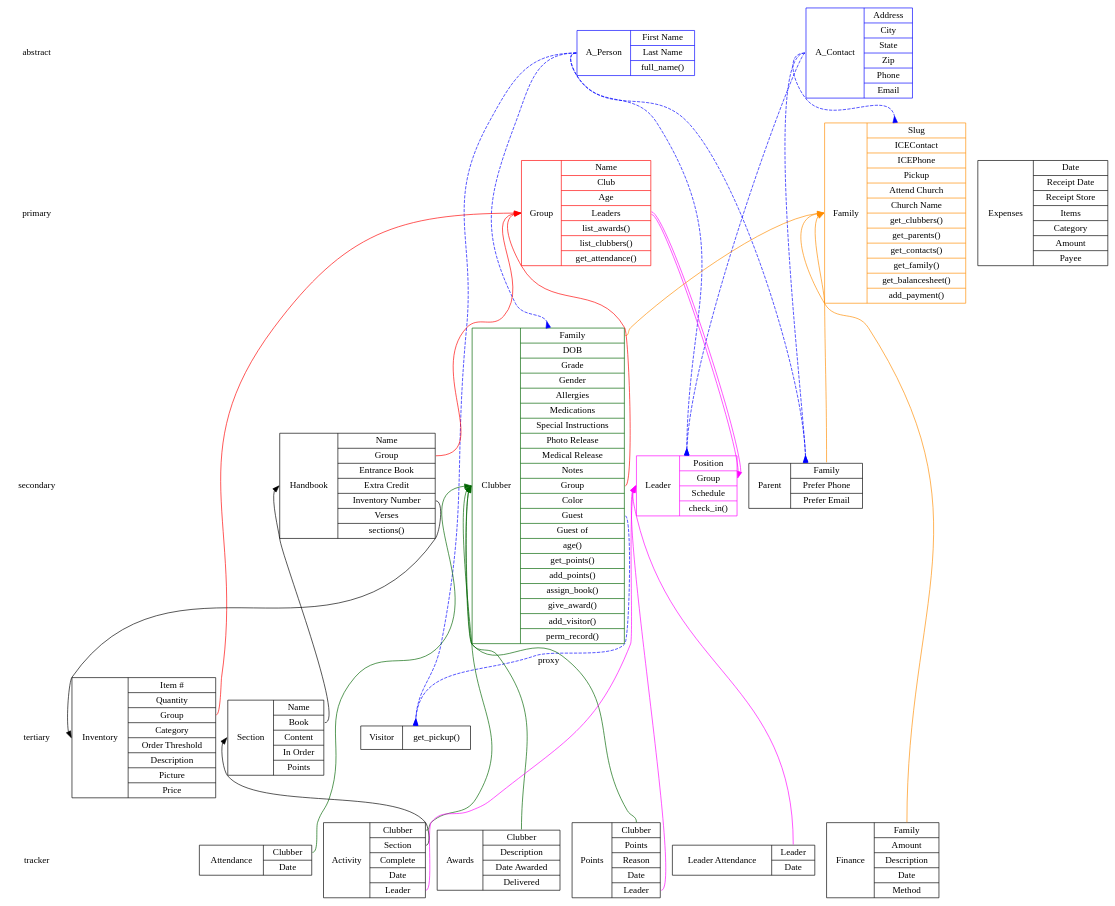
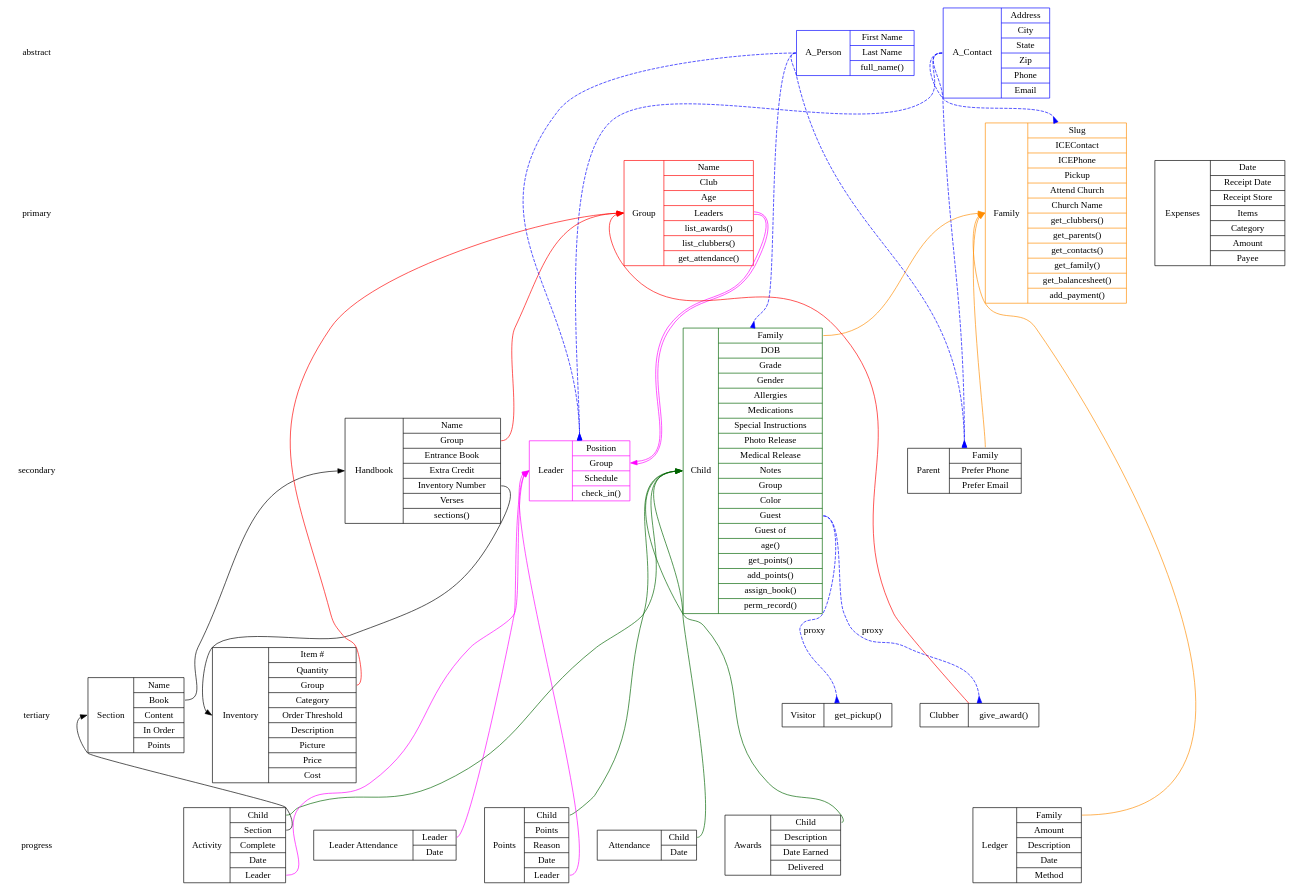
Before and after one commit to fbcp-awanas/website: the diagram in datamodel.dot, drawn with Graphviz.

Commit message:
Refactored data model

```diff
--- a/datamodel.dot
+++ b/datamodel.dot
@@ -4,19 +4,20 @@
 // splines=;
 
 node [shape=record];
+nodesep=.6;
 
 // Rank-order
 {
     node [shape=plaintext];
     edge [style=invis];
-    abstract -> primary -> secondary -> tertiary -> tracker;
+    abstract -> primary -> secondary -> tertiary -> progress;
 }
 {
     { rank=same; abstract; A_person; A_contact; }
     { rank=same; primary; family; expenses; group; };
-    { rank=same; secondary; clubber; parent; handbook; leader;};
-    { rank=same; tertiary; visitor; section; inv; };
-    { rank=same; tracker; finance; points; attendance; l_attendance; award; activity; };
+    { rank=same; secondary; child; parent; handbook; leader;};
+    { rank=same; tertiary; visitor; clubber; section; inv; };
+    { rank=same; progress; ledger; points; attendance; l_attendance; award; activity; };
 }
 
 //Abstract Models
@@ -38,28 +39,27 @@
                                              <group>Group|
                                              Schedule|
                                              <check_in>check_in()}"];
-    clubber [color=darkgreen label="<id>Clubber|{<family>Family|
-                                                 <dob>DOB|
-                                                 Grade|
-                                                 Gender|
-                                                 Allergies|
-                                                 Medications|
-                                                 Special Instructions|
-                                                 Photo Release|
-                                                 Medical Release|
-                                                 Notes|
-                                                 <group>Group|
-                                                 Color|
-                                                 <guest>Guest|
-                                                 Guest of|
-                                                 <age>age()|
-                                                 <get_points>get_points()|
-                                                 <add_points>add_points()|
-                                                 <assign>assign_book()|
-                                                 <award>give_award()|
-                                                 <visitor>add_visitor()|
-                                                 <record>perm_record()}"];
+    child [color=darkgreen label="<id>Child|{<family>Family|
+                                             <dob>DOB|
+                                             Grade|
+                                             Gender|
+                                             Allergies|
+                                             Medications|
+                                             Special Instructions|
+                                             Photo Release|
+                                             Medical Release|
+                                             Notes|
+                                             <group>Group|
+                                             Color|
+                                             <guest>Guest|
+                                             Guest of|
+                                             <age>age()|
+                                             <get_points>get_points()|
+                                             <add_points>add_points()|
+                                             <assign>assign_book()|
+                                             <record>perm_record()}"];
     visitor [label="<id>Visitor|{get_pickup()}"]
+    clubber [label="<id>Clubber|{<award>give_award()}"]
     parent [label="<id>Parent|{<family>Family|
                                <pref_ph>Prefer Phone|
                                <pref_e>Prefer Email}"];
@@ -105,30 +105,31 @@
                                Order Threshold|
                                Description|
                                Picture|
-                               Price}"];
-    activity [label="<id>Activity|{<clubber>Clubber|
+                               Price|
+                               Cost}"];
+    activity [label="<id>Activity|{<child>Child|
                                    <section>Section|
                                    Complete|
                                    Date|
                                    <leader>Leader}"];
-    points [label="<id>Points|{<clubber>Clubber|
+    points [label="<id>Points|{<child>Child|
                                Points|
                                Reason|
                                Date|
                                <leader>Leader}"];
-    award [label="<id>Awards|{<clubber>Clubber|
+    award [label="<id>Awards|{<child>Child|
                               Description|
-                              Date Awarded|
+                              Date Earned|
                               Delivered}"];
-    attendance [label="<id>Attendance|{<clubber>Clubber|
+    attendance [label="<id>Attendance|{<child>Child|
                                        Date}"];
     l_attendance [label="<id>Leader Attendance|{<leader>Leader|
                                                 Date}"];
-    finance [label="<id>Finance|{<family>Family|
-                                 Amount|
-                                 Description|
-                                 Date|
-                                 Method}"];
+    ledger [label="<id>Ledger|{<family>Family|
+                               Amount|
+                               Description|
+                               Date|
+                               Method}"];
     expenses [label="<id>Expenses|{Date|
                                    Receipt Date|
                                    Receipt Store|
@@ -148,27 +149,27 @@
     A_person:w -> parent:n
     A_contact:w -> parent:n
     A_contact:w -> family:n
-    A_person:w -> clubber:n
-    A_person:w -> visitor:n
-    clubber:guest:e -> visitor:n [label="proxy"]
+    A_person:w -> child:n
+    child:guest:e -> visitor:n [label="proxy"]
+    child:guest:e -> clubber:n [label="proxy"]
 }
 
 // Foreign Keys
 // -> family
 {
     edge [color=darkorange]
-    clubber:family -> family:id:w
+    child:family -> family:id:w
     parent:family -> family:id:w
-    finance:family -> family:id:w
+    ledger:family:e -> family:id:w
 }
 
-// -> clubber
+// -> child
 {
     edge [color=darkgreen]
-    activity:clubber -> clubber:id:w
-    points:clubber -> clubber:id:w
-    award:clubber -> clubber:id:w
-    attendance:clubber -> clubber:id:w
+    activity:child:e -> child:id:w
+    points:child:e -> child:id:w
+    award:child:e -> child:id:w
+    attendance:child:e -> child:id:w
 }
 
 // -> group
@@ -182,9 +183,9 @@
 // -> leader
 {
     edge [color=magenta]
-    points:leader -> leader:id:w
-    l_attendance:leader -> leader:id:w
-    activity:leader -> leader:id:w
+    points:leader:e -> leader:id:w
+    l_attendance:leader:e -> leader:id:w
+    activity:leader:e -> leader:id:w
     "group":leader:e -> leader:group:e [color="magenta:invis:magenta"]
 }
 
@@ -195,25 +196,4 @@
     activity:section -> section:id:w
 }
 
-// Family methods
-//family:balance -> finance:family [color=grey label=Find];
-//family:get_contacts -> parent:family [color=grey label=Find];
-//family:get_family -> clubber:family [color=grey label=Find];
-//family:get_family -> parent:family [color=grey label=Find];
-//family:add_payment -> finance:id [color=grey label=Create];
-
-// Clubber methods
-//clubber:get_points -> points:clubber [color=grey label=Find]
-//clubber:add_points -> points:id [color=grey label=Create]
-//clubber:assign -> activity:id [color=grey label=Create]
-//clubber:award -> award:id [color=grey label=Create]
-//clubber:visitor -> visitor:id [color=grey label=Create]
-
-// Leader methods
-//leader:check_in -> l_attendance:id [color=grey label=Create]
-
-// Club methods
-//club:list_awards -> award:clubber [color=grey label=Find]
-//club:list_clubbers -> clubber:club [color=grey label=Find]
-//club:attendance -> attendance:clubber [color=grey label=Find]
 }
```
